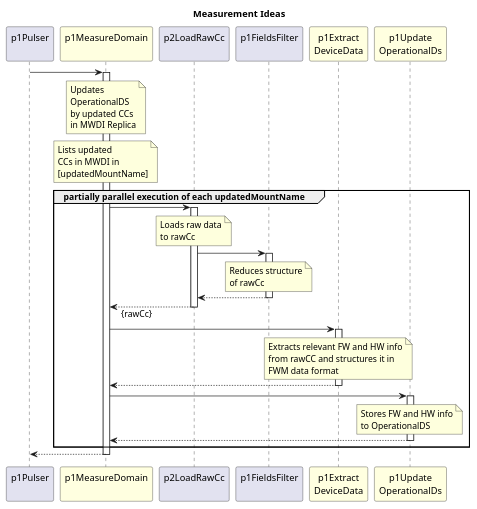
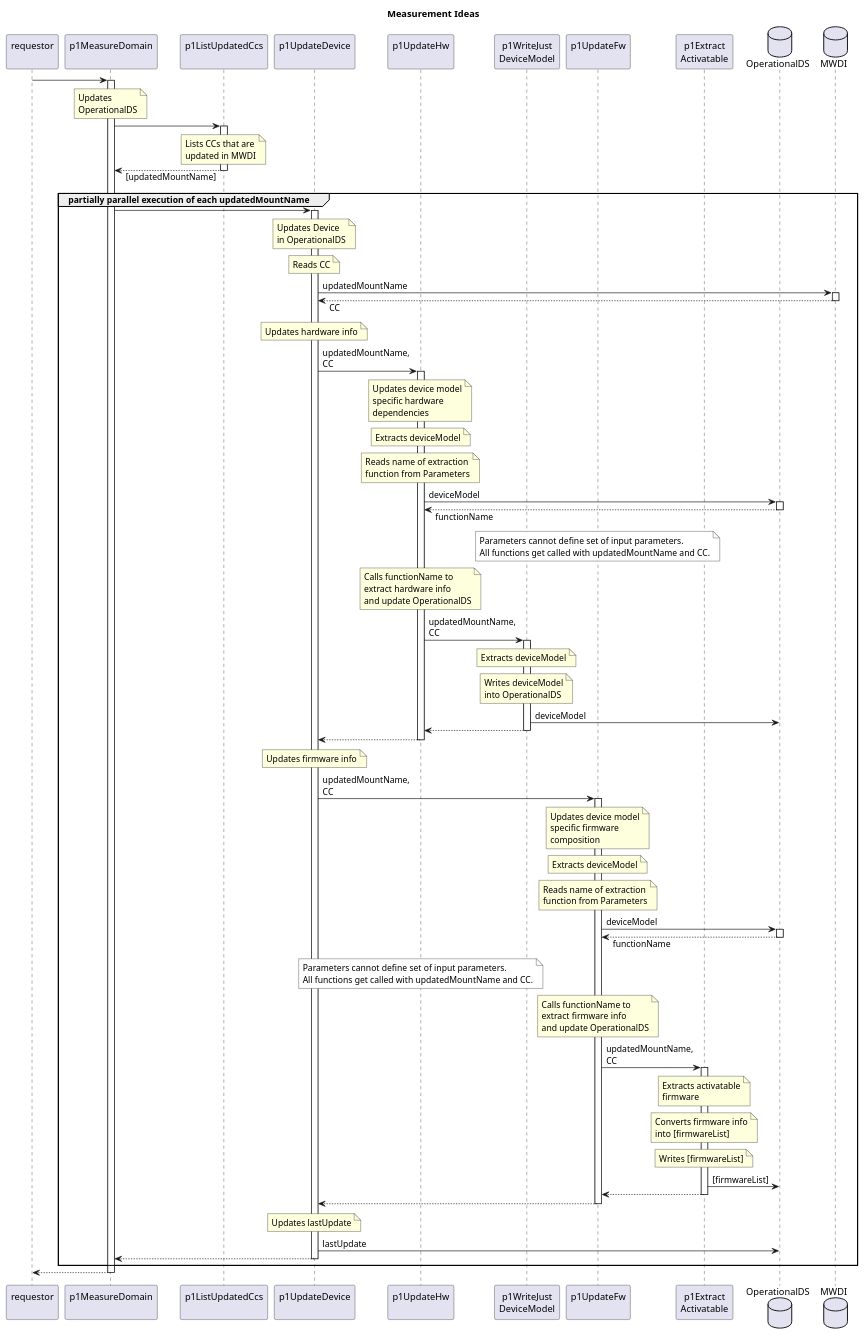
Before and after one commit to openBackhaul/FirmWareManager: the diagram in spec/Functions/Measurement/measurement_ideas.plantuml, drawn with PlantUML. The commit also changed 21 other files, not shown here.

```diff
--- a/spec/Functions/Measurement/measurement_ideas.plantuml
+++ b/spec/Functions/Measurement/measurement_ideas.plantuml
@@ -1,77 +1,164 @@
 @startuml measurement_ideas
 skinparam responseMessageBelowArrow true
 
 title
   Measurement Ideas
 end title
 
-participant "p1Pulser\n" as p1Puls
-participant "p1MeasureDomain\n" as measure #LightYellow
-participant "p2LoadRawCc\n" as createRawCc
-participant "p1FieldsFilter\n" as fieldsFilter
-participant "p1Extract\nDeviceData" as extractData #LightYellow
-participant "p1Update\nOperationalDs" as updateOpDs #LightYellow
+participant "requestor\n" as requestor
+participant "p1MeasureDomain\n" as indServ
+participant "p1ListUpdatedCcs\n" as listCcs
+participant "p1UpdateDevice\n" as updateCc
+participant "p1UpdateHw\n" as updateHw
+participant "p1WriteJust\nDeviceModel" as writeModel
+participant "p1UpdateFw\n" as updateFw
+participant "p1Extract\nActivatable" as extractAct
 
-p1Puls -> measure
-activate measure
-  note over measure
+database "OperationalDS" as OpDS
+database "MWDI" as Mwdi
+
+requestor -> indServ
+activate indServ
+  note over indServ
     Updates
     OperationalDS
-    by updated CCs
-    in MWDI Replica
   end note
 
-  note over measure
-    Lists updated 
-    CCs in MWDI in
-    [updatedMountName]
-  end note
+  indServ -> listCcs
+  activate listCcs
+    note over listCcs
+      Lists CCs that are
+      updated in MWDI
+    end note
+  indServ <-- listCcs: [updatedMountName]
+  deactivate listCcs
 
   group partially parallel execution of each updatedMountName
-    measure -> createRawCc
-    activate createRawCc
-      note over createRawCc
-        Loads raw data
-        to rawCc
+    indServ -> updateCc
+    activate updateCc
+      note over updateCc
+        Updates Device
+        in OperationalDS
       end note
 
-      ' Apply fieldsFilter
-      createRawCc -> fieldsFilter
-      activate fieldsFilter
-        note over fieldsFilter
-          Reduces structure
-          of rawCc
+      note over updateCc
+        Reads CC
+      end note
+      updateCc -> Mwdi: updatedMountName
+      activate Mwdi
+      updateCc <-- Mwdi: CC
+      deactivate Mwdi
+
+      note over updateCc
+        Updates hardware info
+      end note
+      updateCc -> updateHw: updatedMountName,\nCC
+      activate updateHw
+        note over updateHw
+          Updates device model
+          specific hardware
+          dependencies
         end note
-      createRawCc <-- fieldsFilter
-      deactivate fieldsFilter
 
-    measure <-- createRawCc : {rawCc}
-    deactivate createRawCc
+        note over updateHw
+          Extracts deviceModel
+        end note
 
-      ' Extract FW & HW Info
-      measure -> extractData
-      activate extractData
-        note over extractData
-          Extracts relevant FW and HW info
-          from rawCC and structures it in
-          FWM data format
+        note over updateHw
+          Reads name of extraction
+          function from Parameters
         end note
-      measure <-- extractData
-      deactivate extractData
+        updateHw -> OpDS: deviceModel
+        activate OpDS
+        updateHw <-- OpDS: functionName
+        deactivate OpDS
+        note over updateFw #White
+          Parameters cannot define set of input parameters.
+          All functions get called with updatedMountName and CC.
+        end note
 
-      ' Update OperationalDS
-      measure -> updateOpDs
-      activate updateOpDs
-        note over updateOpDs
-          Stores FW and HW info
-          to OperationalDS
+        note over updateHw
+          Calls functionName to
+          extract hardware info
+          and update OperationalDS
         end note
-      measure <-- updateOpDs
-      deactivate updateOpDs
+        updateHw -> writeModel: updatedMountName,\nCC
+        activate writeModel
+          note over writeModel
+            Extracts deviceModel
+          end note
+          note over writeModel
+            Writes deviceModel
+            into OperationalDS
+          end note
+          writeModel -> OpDS: deviceModel
+        updateHw <-- writeModel
+        deactivate writeModel
+      updateCc <-- updateHw
+      deactivate updateHw
 
+      note over updateCc
+        Updates firmware info
+      end note
+      updateCc -> updateFw: updatedMountName,\nCC
+      activate updateFw
+        note over updateFw
+          Updates device model
+          specific firmware
+          composition
+        end note
+
+        note over updateFw
+          Extracts deviceModel
+        end note
+
+        note over updateFw
+          Reads name of extraction
+          function from Parameters
+        end note
+        updateFw -> OpDS: deviceModel
+        activate OpDS
+        updateFw <-- OpDS: functionName
+        deactivate OpDS
+        note over updateHw #White
+          Parameters cannot define set of input parameters.
+          All functions get called with updatedMountName and CC.
+        end note
+
+        note over updateFw
+          Calls functionName to
+          extract firmware info
+          and update OperationalDS
+        end note
+        updateFw -> extractAct: updatedMountName,\nCC
+        activate extractAct
+          note over extractAct
+            Extracts activatable
+            firmware
+          end note
+          note over extractAct
+            Converts firmware info
+            into [firmwareList]
+          end note
+          note over extractAct
+            Writes [firmwareList]
+          end note
+          extractAct -> OpDS: [firmwareList]
+        updateFw <-- extractAct
+        deactivate extractAct
+      updateCc <-- updateFw
+      deactivate updateFw
+
+      note over updateCc
+        Updates lastUpdate
+      end note
+      updateCc -> OpDS: lastUpdate
+
+    indServ <-- updateCc
+    deactivate updateCc
   end group updatedMountNames
 
-p1Puls <-- measure
-deactivate measure
+requestor <-- indServ
+deactivate indServ
 
 @enduml
```
